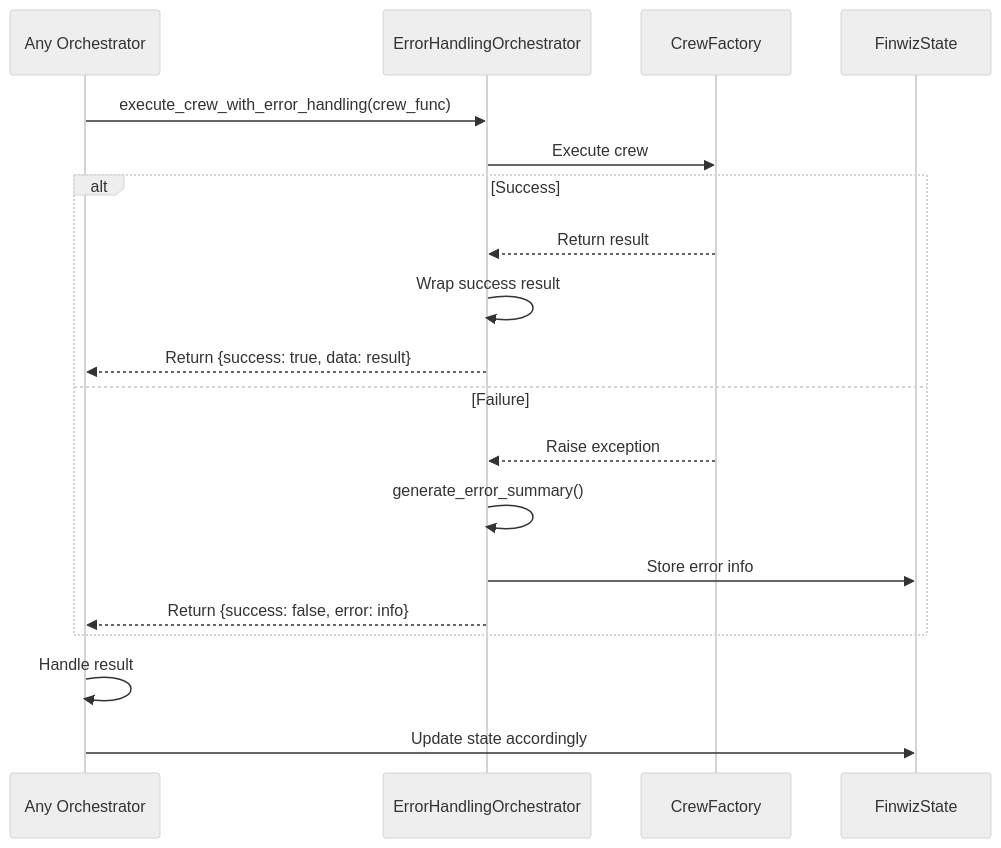
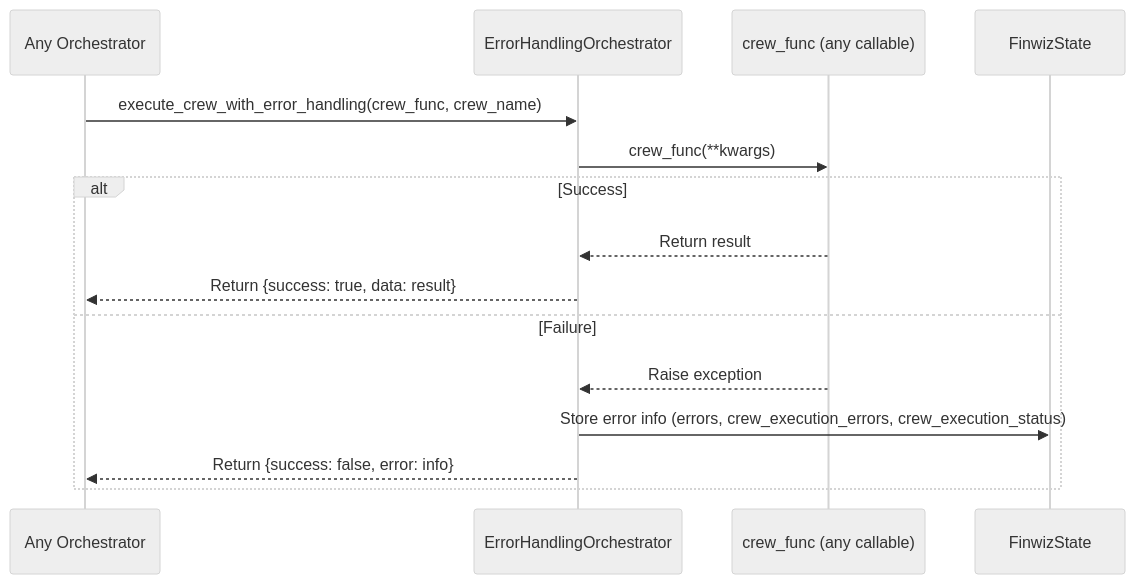
The eighth of 13 diagrams in docs/explanations/ORCHESTRATOR_INTERACTIONS.md (fjacquet/finwiz), drawn with Mermaid (neutral theme) before and after one commit. The commit also changed other lines of this file, not shown here.

````diff
--- a/docs/explanations/ORCHESTRATOR_INTERACTIONS.md
+++ b/docs/explanations/ORCHESTRATOR_INTERACTIONS.md
@@ -255,25 +272,20 @@
 ```mermaid
 sequenceDiagram
     participant Orch as Any Orchestrator
     participant Error as ErrorHandlingOrchestrator
-    participant Crew as CrewFactory
+    participant Func as crew_func (any callable)
     participant State as FinwizState
 
-    Orch->>Error: execute_crew_with_error_handling(crew_func)
+    Orch->>Error: execute_crew_with_error_handling(crew_func, crew_name)
 
-    Error->>Crew: Execute crew
+    Error->>Func: crew_func(**kwargs)
 
     alt Success
-        Crew-->>Error: Return result
-        Error->>Error: Wrap success result
+        Func-->>Error: Return result
         Error-->>Orch: Return {success: true, data: result}
     else Failure
-        Crew-->>Error: Raise exception
-        Error->>Error: generate_error_summary()
-        Error->>State: Store error info
+        Func-->>Error: Raise exception
+        Error->>State: Store error info (errors, crew_execution_errors, crew_execution_status)
         Error-->>Orch: Return {success: false, error: info}
     end
-
-    Orch->>Orch: Handle result
-    Orch->>State: Update state accordingly
 ```
````
